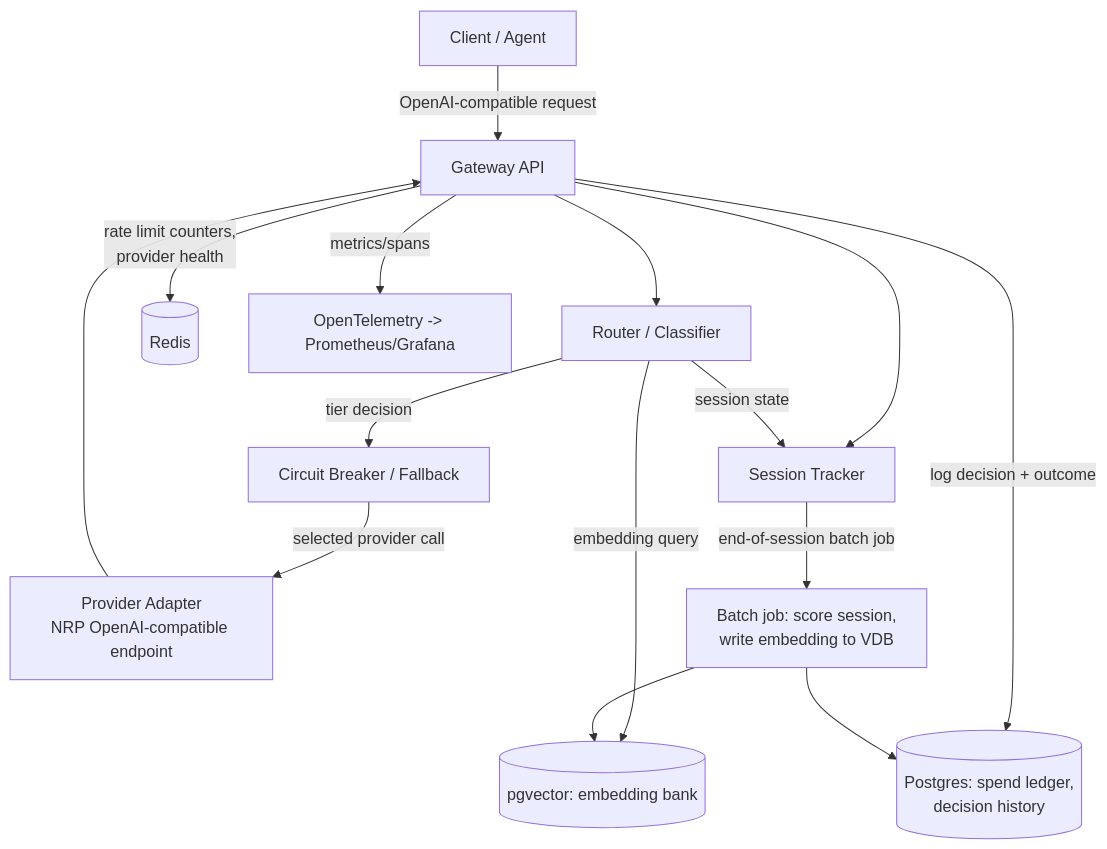
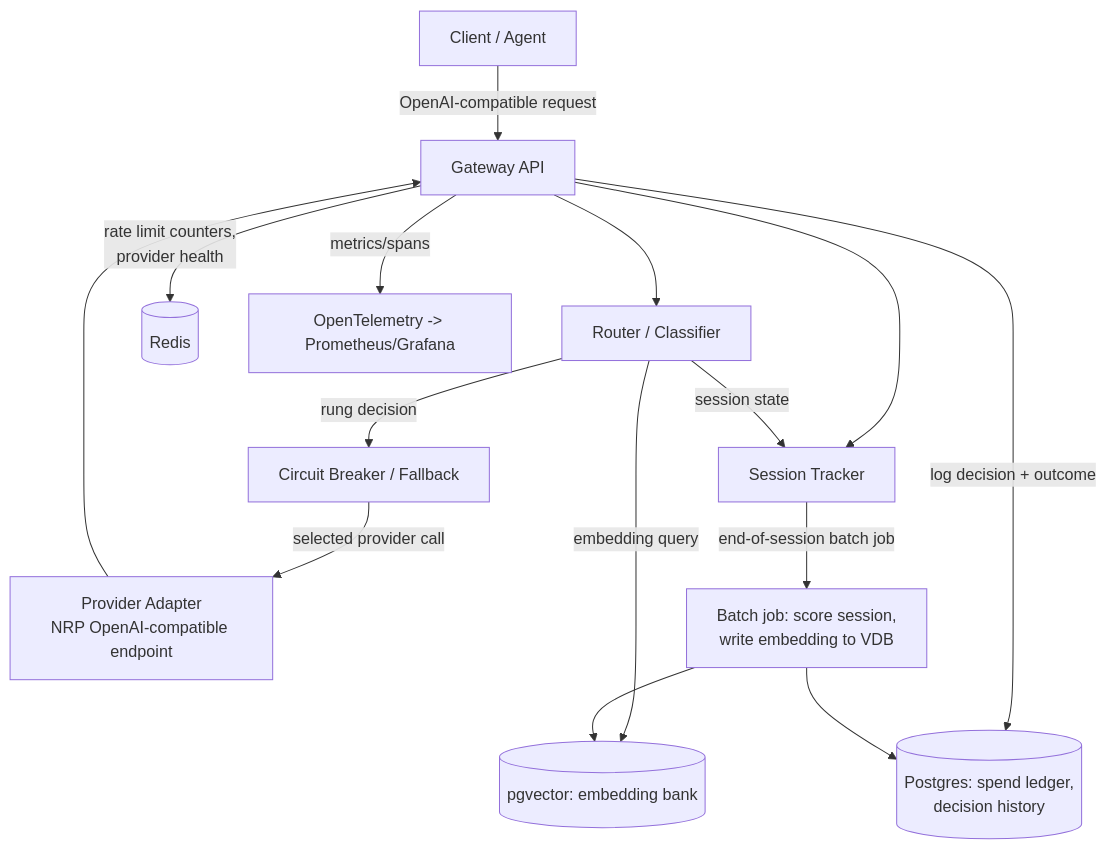
Before and after one commit to azhou555/gatoway: the first of 2 diagrams in docs/spec.md, drawn with Mermaid. The commit also changed other lines of this file and 21 other files, not shown here.

````diff
--- a/docs/spec.md
+++ b/docs/spec.md
@@ -27,17 +25,17 @@
 ```mermaid
 flowchart TB
     Client[Client / Agent] -->|OpenAI-compatible request| GW[Gateway API]
     GW --> SESS[Session Tracker]
     GW --> ROUTE[Router / Classifier]
     ROUTE -->|embedding query| VDB[(pgvector: embedding bank)]
     ROUTE -->|session state| SESS
-    ROUTE -->|tier decision| CB[Circuit Breaker / Fallback]
+    ROUTE -->|rung decision| CB[Circuit Breaker / Fallback]
     CB -->|selected provider call| PROV[Provider Adapter<br/>NRP OpenAI-compatible endpoint]
     PROV --> GW
     GW -->|log decision + outcome| PG[(Postgres: spend ledger,<br/>decision history)]
     GW -->|rate limit counters,<br/>provider health| REDIS[(Redis)]
     GW -->|metrics/spans| OTEL[OpenTelemetry -> Prometheus/Grafana]
     SESS -->|end-of-session batch job| RETRAIN[Batch job: score session,<br/>write embedding to VDB]
     RETRAIN --> VDB
     RETRAIN --> PG
 ```
````
